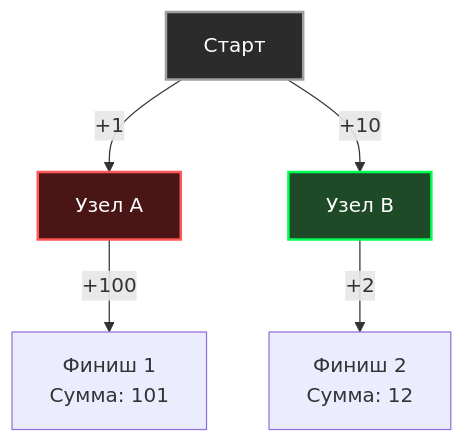
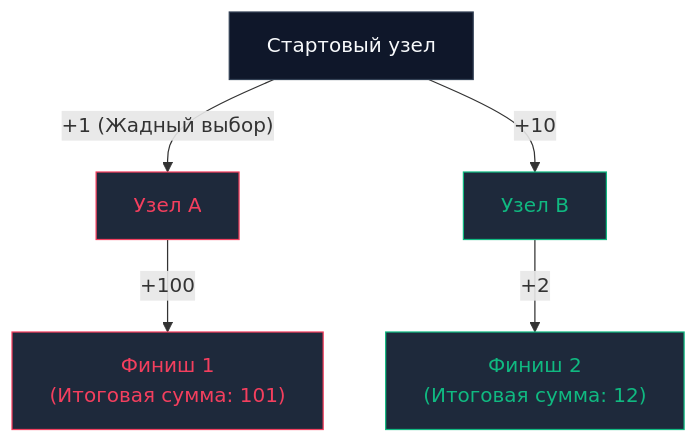
Before and after one commit to UnrealTemplier/go-textbook: the diagram in sources/20. Алгоритмы и структуры данных (DSA) на Go/10. Алгоритмические парадигмы/2. Greedy алгоритмы.md, drawn with Mermaid. The commit also changed other lines of this file, not shown here.

````diff
--- a/sources/20. Алгоритмы и структуры данных (DSA) на Go/10. Алгоритмические парадигмы/2. Greedy алгоритмы.md
+++ b/sources/20. Алгоритмы и структуры данных (DSA) на Go/10. Алгоритмические парадигмы/2. Greedy алгоритмы.md
@@ -19,12 +20,16 @@
 ```mermaid
 flowchart TD
-    S["Старт"] -->|"+1"| A["Узел A"]
+    S["Стартовый узел"] -->|"+1 (Жадный выбор)"| A["Узел A"]
     S -->|"+10"| B["Узел B"]
     
-    A -->|"+100"| End1["Финиш 1<br>Сумма: 101"]
-    B -->|"+2"| End2["Финиш 2<br>Сумма: 12"]
-    
-    style S fill:#2b2b2b,stroke:#a0a0a0,stroke-width:2px,color:#fff
-    style A fill:#4a1515,stroke:#ff5555,stroke-width:2px,color:#fff
-    style B fill:#1e4a28,stroke:#00ff55,stroke-width:2px,color:#fff
+    A -->|"+100"| End1["Финиш 1<br/>(Итоговая сумма: 101)"]
+    B -->|"+2"| End2["Финиш 2<br/>(Итоговая сумма: 12)"]
+
+    classDef default fill:#0f172a,stroke:#334155,color:#f8fafc
+    classDef trap fill:#1e293b,stroke:#f43f5e,color:#f43f5e
+    classDef optimal fill:#1e293b,stroke:#10b981,color:#10b981
+
+    class S default
+    class A,End1 trap
+    class B,End2 optimal
 ```
````
